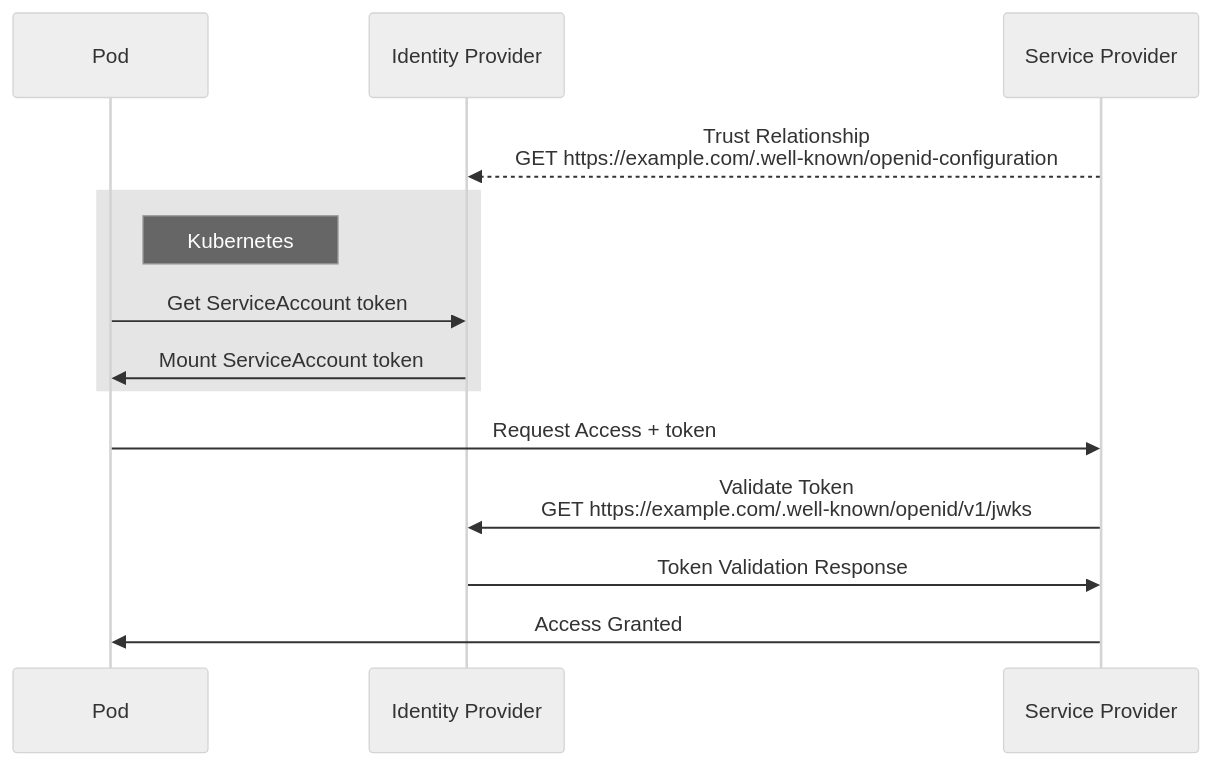
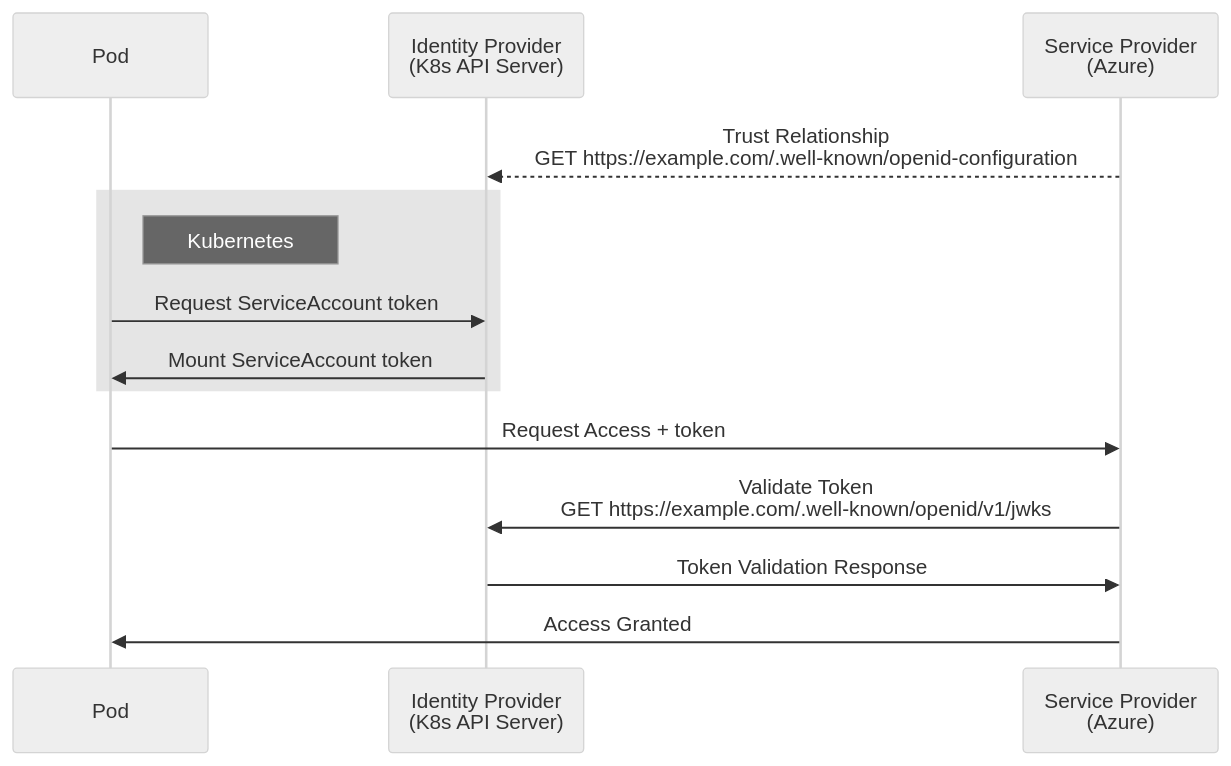
One commit to developer-friendly/k8s-external-secret-azure-vault changed the diagram in README.md. Above: the diagram before and after it, drawn with Mermaid (neutral theme).

Commit message:
chore: enhance the diagram

````diff
--- a/README.md
+++ b/README.md
@@ -20,20 +20,20 @@
 ```mermaid
 sequenceDiagram
-    participant Pod
-    participant IdP as Identity Provider
-    participant Service Provider
+    participant pod as Pod
+    participant IdP as Identity Provider<br/>(K8s API Server)
+    participant sp as Service Provider<br/>(Azure)
 
-    Service Provider-->>IdP: Trust Relationship<br/>GET https://example.com/.well-known/openid-configuration
+    sp-->>IdP: Trust Relationship<br/>GET https://example.com/.well-known/openid-configuration
 
     rect rgba(0, 0, 0, 0.1)
-    note right of Pod: Kubernetes
-    Pod->>IdP: Get ServiceAccount token
-    IdP->>Pod: Mount ServiceAccount token
+    note right of pod: Kubernetes
+    pod->>IdP: Request ServiceAccount token
+    IdP->>pod: Mount ServiceAccount token
     end
 
-    Pod->>Service Provider: Request Access + token
+    pod->>sp: Request Access + token
 
-    Service Provider->>IdP: Validate Token<br/>GET https://example.com/.well-known/openid/v1/jwks
-    IdP->>Service Provider: Token Validation Response
-    Service Provider->>Pod: Access Granted
+    sp->>IdP: Validate Token<br/>GET https://example.com/.well-known/openid/v1/jwks
+    IdP->>sp: Token Validation Response
+    sp->>pod: Access Granted
 ```
````
